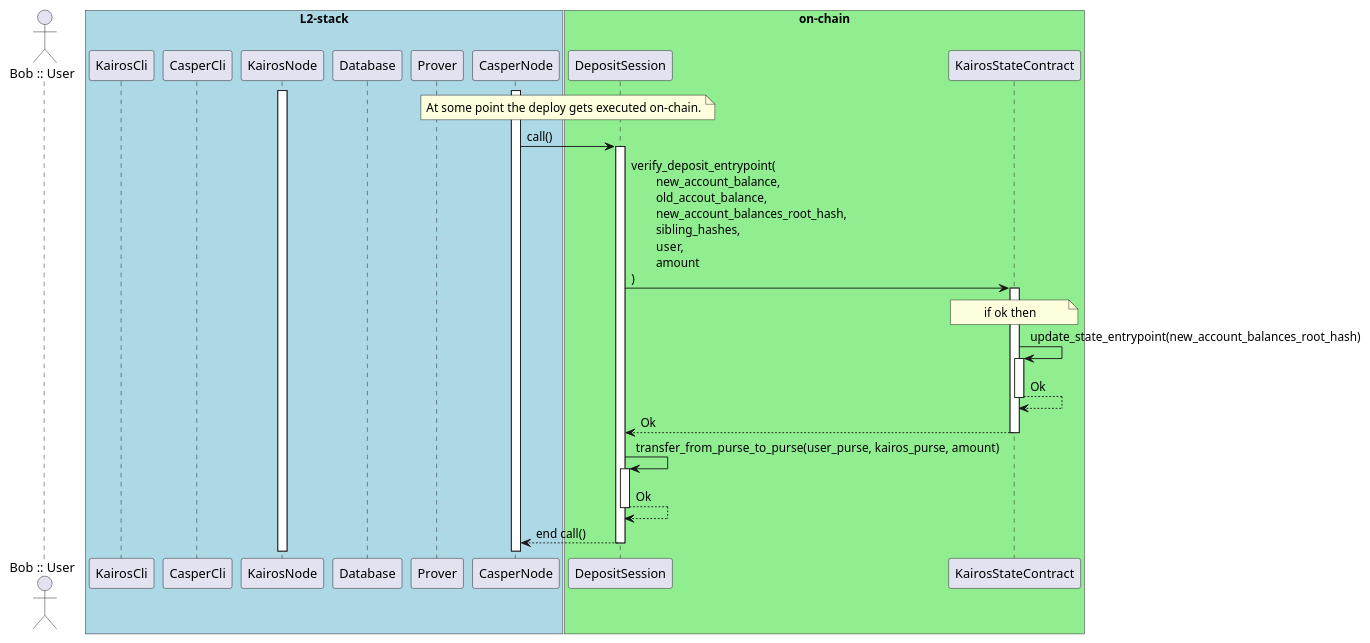
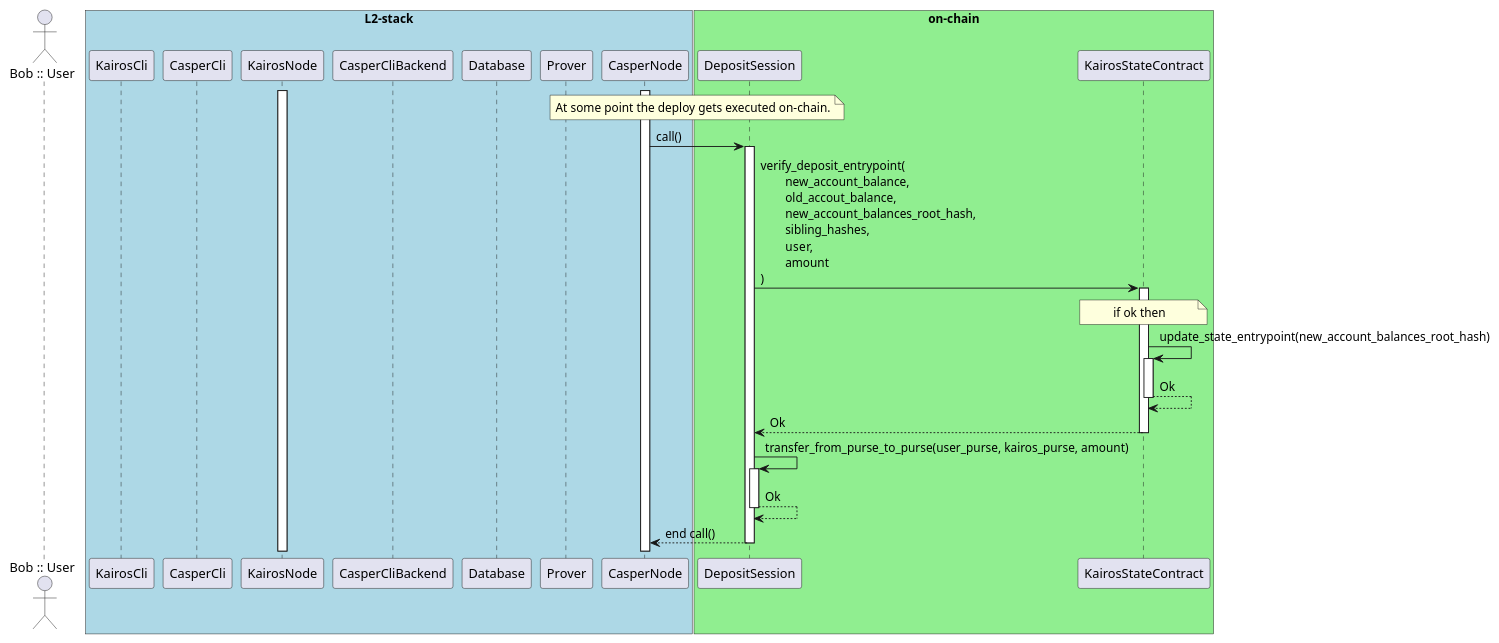
Before and after one commit to cspr-rad/kairos-spec: the diagram in diagrams/deposit_sequence_diagram_deploy_execution.puml, drawn with PlantUML. The commit also changed 2 other files, not shown here.

Commit message:
diagrams: deposit sequence diagram add backend casper cli

```diff
--- a/diagrams/deposit_sequence_diagram_deploy_execution.puml
+++ b/diagrams/deposit_sequence_diagram_deploy_execution.puml
@@ -1,35 +1,36 @@
 @startuml
 autoactivate on
 actor "Bob :: User" as Bob
 box "L2-stack" #LightBlue
 participant KairosCli
 participant CasperCli
 participant KairosNode
+participant CasperCliBackend
 participant Database
 participant Prover
 participant CasperNode
 end box
 box "on-chain" #LightGreen
 participant DepositSession
 participant KairosStateContract
 end box
 
 activate CasperNode
 activate KairosNode
 
 note over CasperNode, DepositSession
 At some point the deploy gets executed on-chain.
 end note
 
 CasperNode -> DepositSession: call()
 DepositSession -> KairosStateContract: verify_deposit_entrypoint(\n\tnew_account_balance,\n\told_accout_balance,\n\tnew_account_balances_root_hash,\n\tsibling_hashes,\n\tuser,\n\tamount\n)
 note over KairosStateContract, KairosStateContract
 if ok then
 end note
 KairosStateContract -> KairosStateContract: update_state_entrypoint(new_account_balances_root_hash)
 KairosStateContract --> KairosStateContract: Ok
 KairosStateContract --> DepositSession: Ok 
 DepositSession -> DepositSession: transfer_from_purse_to_purse(user_purse, kairos_purse, amount)
 DepositSession --> DepositSession: Ok
 DepositSession --> CasperNode: end call()
 @enduml
```
